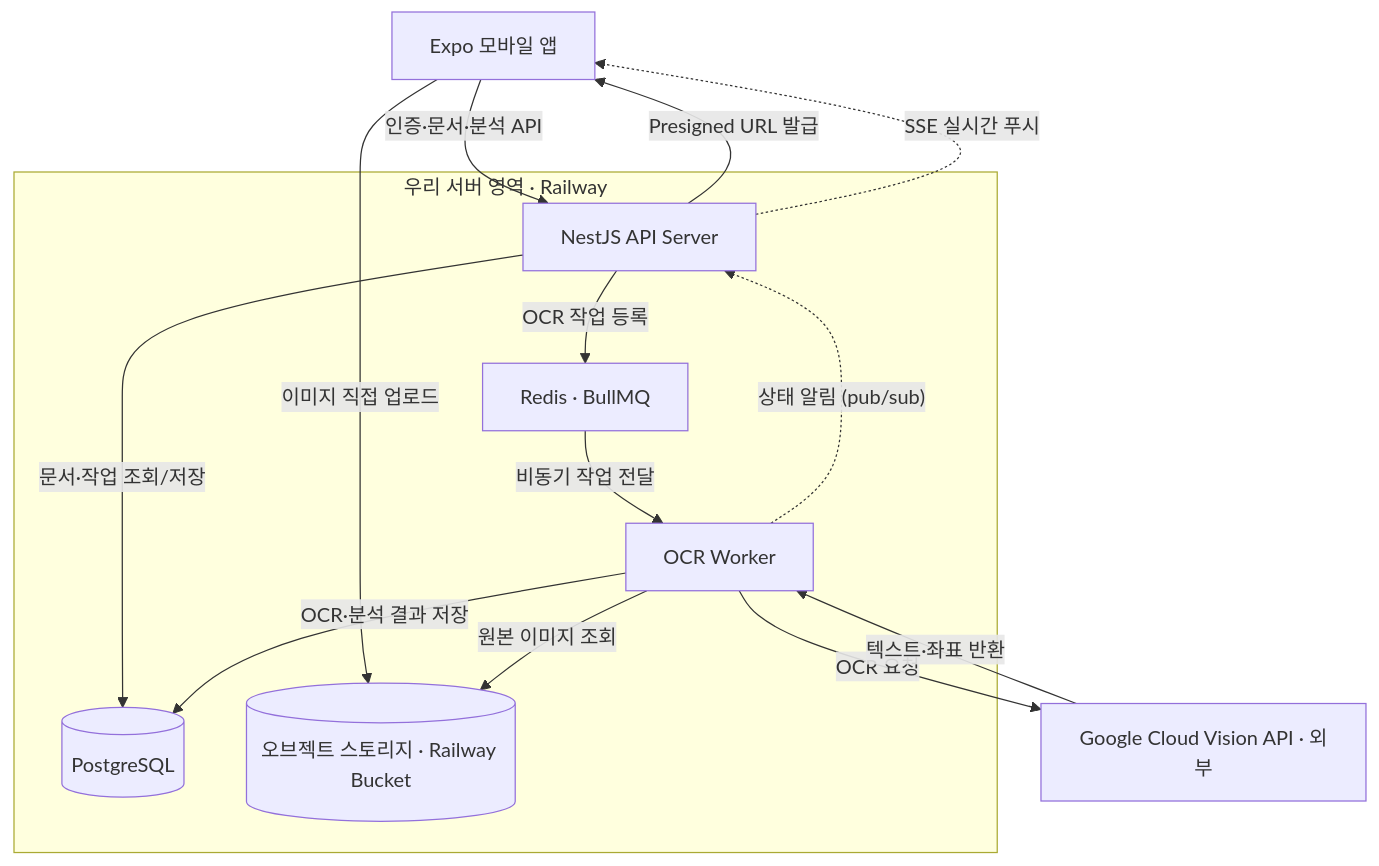
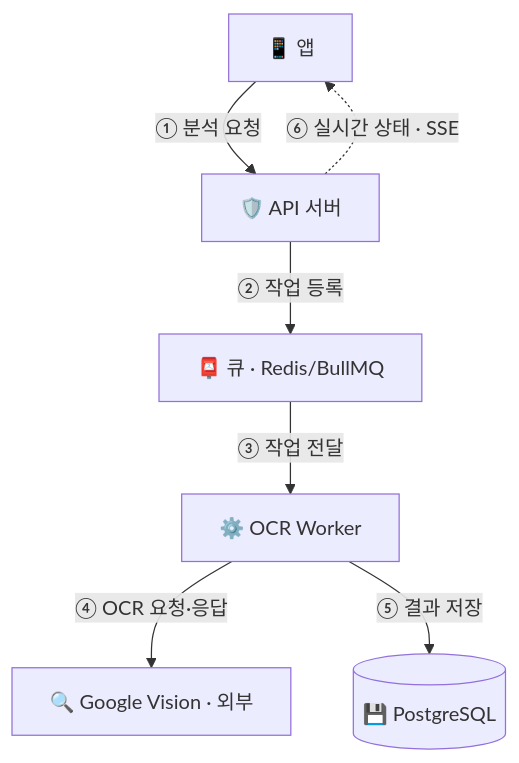
The second of 5 diagrams in README.md (kyungchan3007/clause-lens), drawn with Mermaid before and after one commit. The commit also changed other lines of this file, not shown here.

Commit message:
docs: 서버 아키텍처 다이어그램을 번호 순서 단방향 흐름으로 단순화
- 교차하던 12개 엣지 → 위에서 아래로 읽는 6단계 번호 흐름으로 정리
- 그림 위에 "동작 순서" 평문 설명 추가(비개발자도 이해 가능)
- 저장소·상세 데이터 흐름은 전체 분석 흐름(시퀀스 다이어그램)으로 위임

````diff
--- a/README.md
+++ b/README.md
@@ -247,27 +258,16 @@
 ```mermaid
-flowchart TB
-    App["Expo 모바일 앱"]
+flowchart TD
+    A["📱 앱"]
+    B["🛡️ API 서버"]
+    C["📮 큐 · Redis/BullMQ"]
+    D["⚙️ OCR Worker"]
+    E["🔍 Google Vision · 외부"]
+    F[("💾 PostgreSQL")]
 
-    subgraph Backend["우리 서버 영역 · Railway"]
-        API["NestJS API Server"]
-        Queue["Redis · BullMQ"]
-        Worker["OCR Worker"]
-        DB[("PostgreSQL")]
-        S3[("오브젝트 스토리지 · Railway Bucket")]
-    end
-
-    Vision["Google Cloud Vision API · 외부"]
-
-    App -->|"인증·문서·분석 API"| API
-    API -->|"Presigned URL 발급"| App
-    App -->|"이미지 직접 업로드"| S3
-    API -->|"OCR 작업 등록"| Queue
-    Queue -->|"비동기 작업 전달"| Worker
-    Worker -->|"원본 이미지 조회"| S3
-    Worker -->|"OCR 요청"| Vision
-    Vision -->|"텍스트·좌표 반환"| Worker
-    API -->|"문서·작업 조회/저장"| DB
-    Worker -->|"OCR·분석 결과 저장"| DB
-    Worker -.->|"상태 알림 (pub/sub)"| API
-    API -.->|"SSE 실시간 푸시"| App
+    A -->|"① 분석 요청"| B
+    B -->|"② 작업 등록"| C
+    C -->|"③ 작업 전달"| D
+    D -->|"④ OCR 요청·응답"| E
+    D -->|"⑤ 결과 저장"| F
+    B -.->|"⑥ 실시간 상태 · SSE"| A
 ```
````
